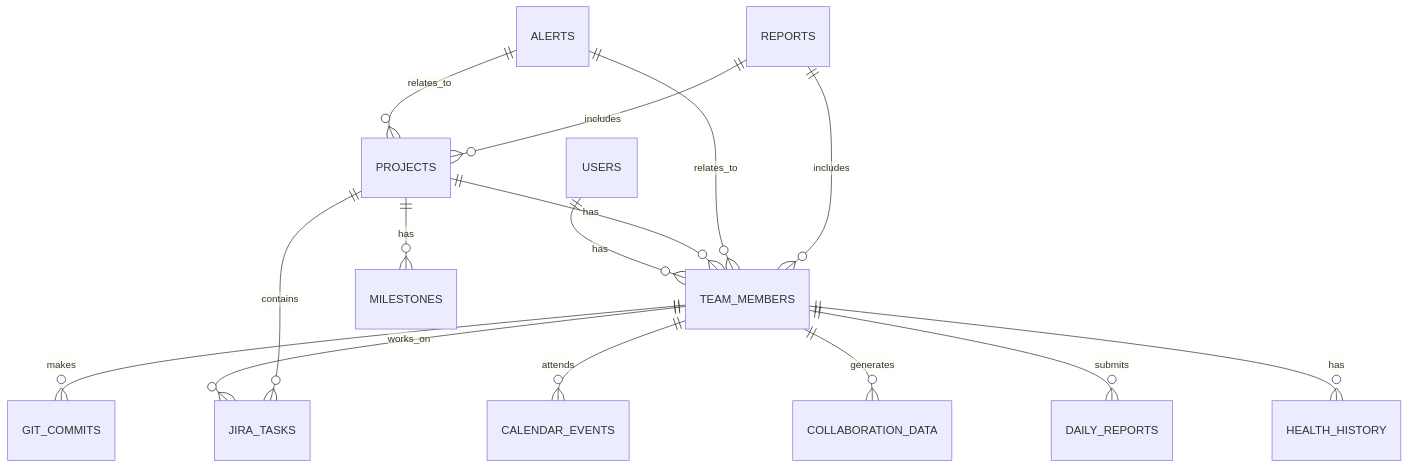
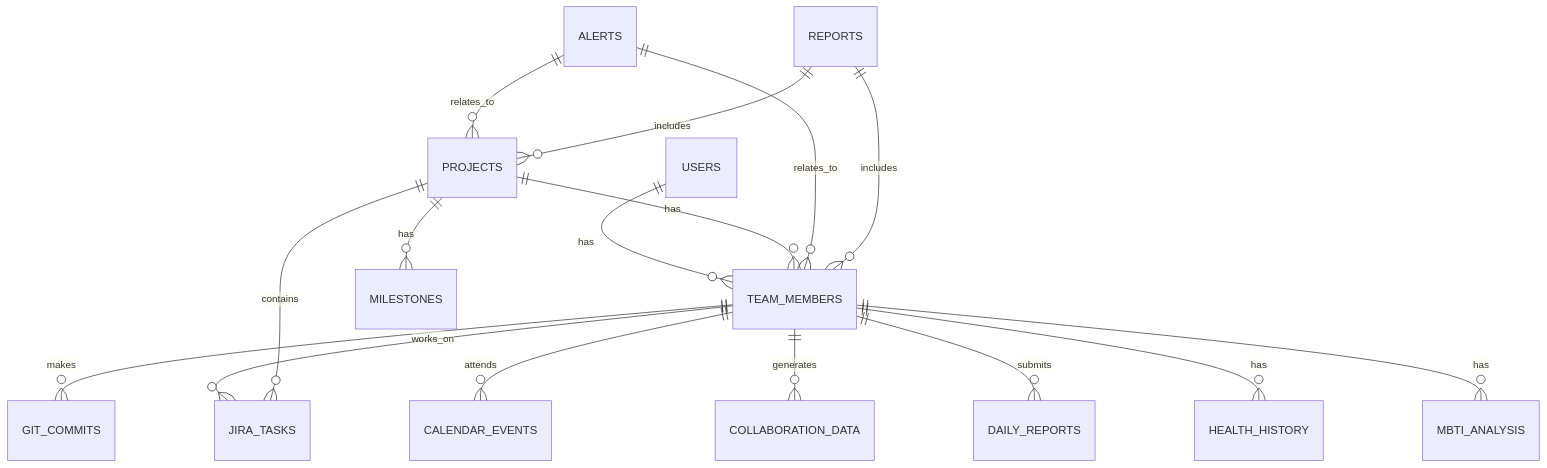
The third of 3 diagrams in .trae/documents/TechnicalArchitecture.md (VoltAgent/awesome-design-md), drawn with Mermaid before and after one commit. The commit also changed other lines of this file and 6 other files, not shown here.

````diff
--- a/.trae/documents/TechnicalArchitecture.md
+++ b/.trae/documents/TechnicalArchitecture.md
@@ -138,17 +155,18 @@
 ```mermaid
 erDiagram
     USERS ||--o{ TEAM_MEMBERS : has
     TEAM_MEMBERS ||--o{ GIT_COMMITS : makes
     TEAM_MEMBERS ||--o{ JIRA_TASKS : works_on
     TEAM_MEMBERS ||--o{ CALENDAR_EVENTS : attends
     TEAM_MEMBERS ||--o{ COLLABORATION_DATA : generates
     TEAM_MEMBERS ||--o{ DAILY_REPORTS : submits
     TEAM_MEMBERS ||--o{ HEALTH_HISTORY : has
+    TEAM_MEMBERS ||--o{ MBTI_ANALYSIS : has
     PROJECTS ||--o{ TEAM_MEMBERS : has
     PROJECTS ||--o{ JIRA_TASKS : contains
     PROJECTS ||--o{ MILESTONES : has
     ALERTS ||--o{ TEAM_MEMBERS : relates_to
     ALERTS ||--o{ PROJECTS : relates_to
     REPORTS ||--o{ TEAM_MEMBERS : includes
     REPORTS ||--o{ PROJECTS : includes
 ```
````
